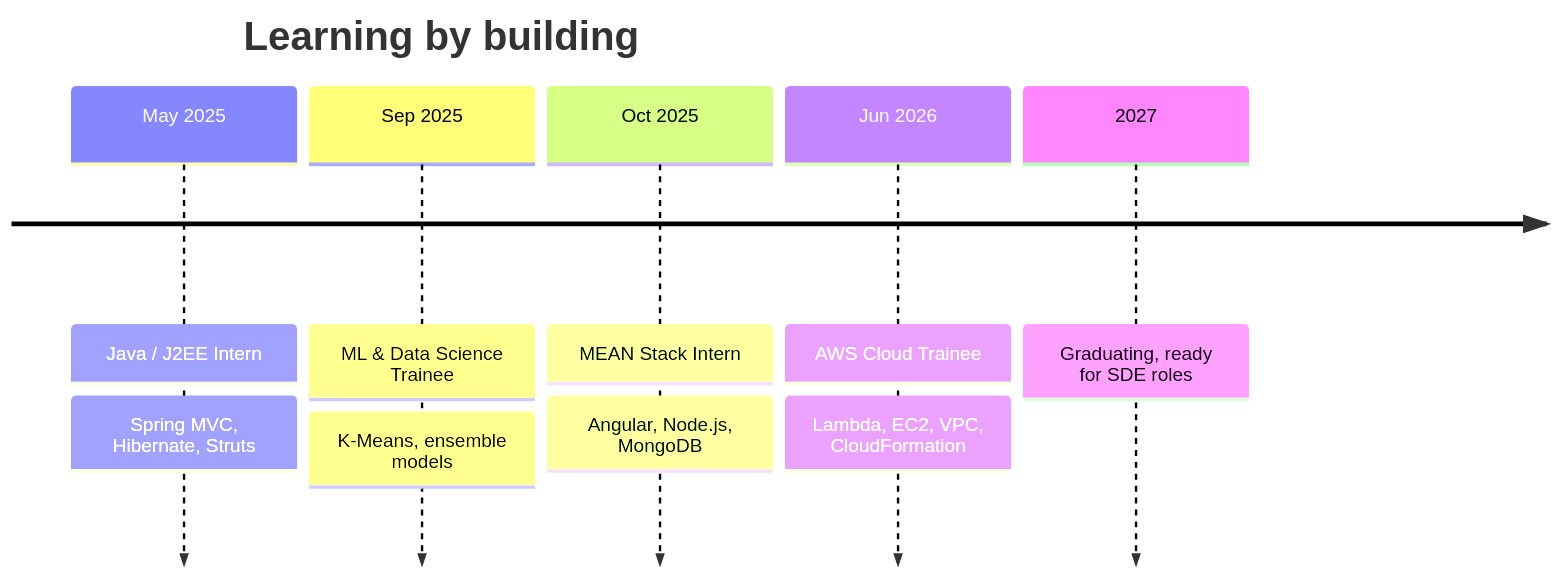
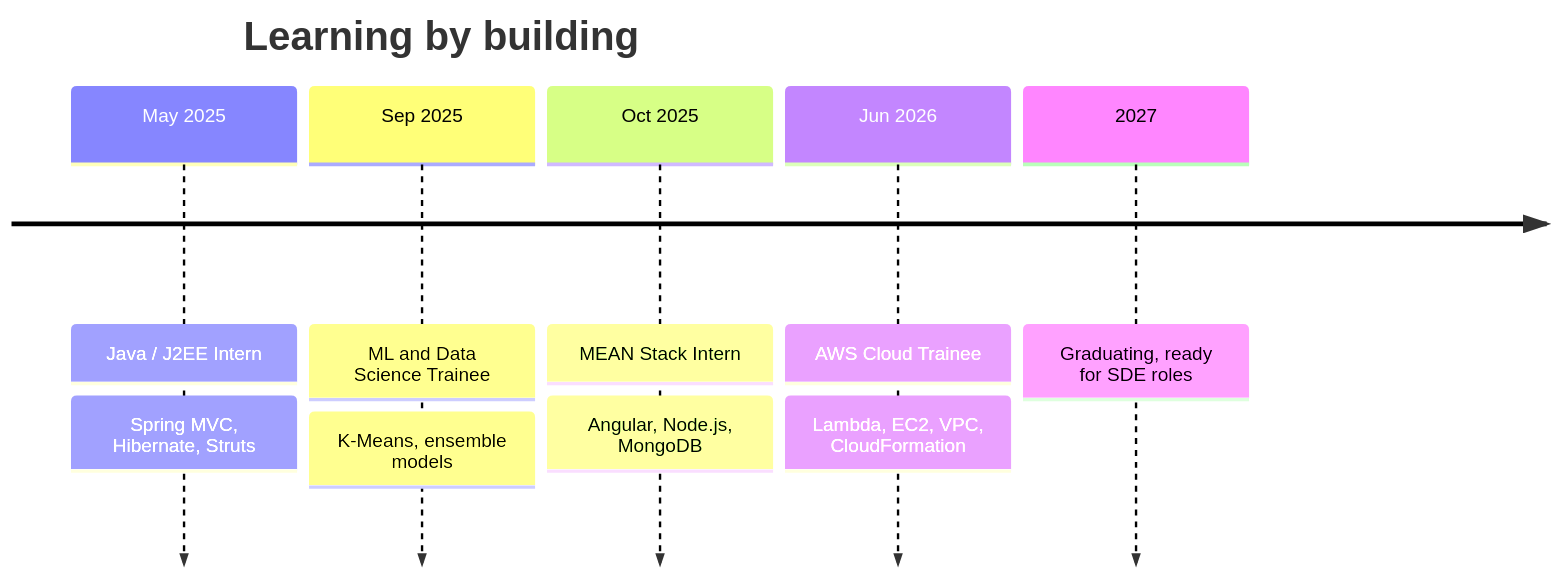
One commit to CHIRAG-JAGTAP/CHIRAG-JAGTAP changed the diagram in README.md. Above: the diagram before and after it, drawn with Mermaid. The commit also changed other lines of this file, not shown here.

````diff
--- a/README.md
+++ b/README.md
@@ -176,13 +181,13 @@
 ```mermaid
 timeline
     title Learning by building
     May 2025 : Java / J2EE Intern
              : Spring MVC, Hibernate, Struts
-    Sep 2025 : ML & Data Science Trainee
+    Sep 2025 : ML and Data Science Trainee
              : K-Means, ensemble models
     Oct 2025 : MEAN Stack Intern
              : Angular, Node.js, MongoDB
     Jun 2026 : AWS Cloud Trainee
              : Lambda, EC2, VPC, CloudFormation
     2027     : Graduating, ready for SDE roles
 ```
````
